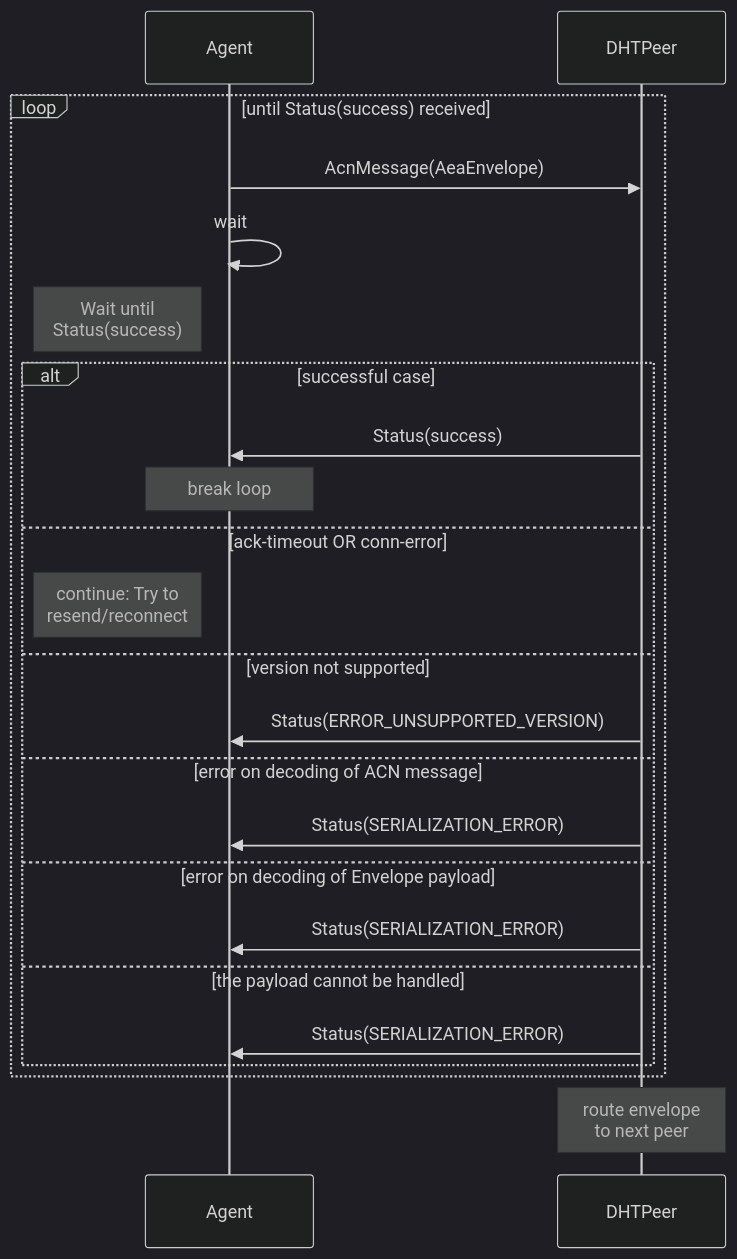
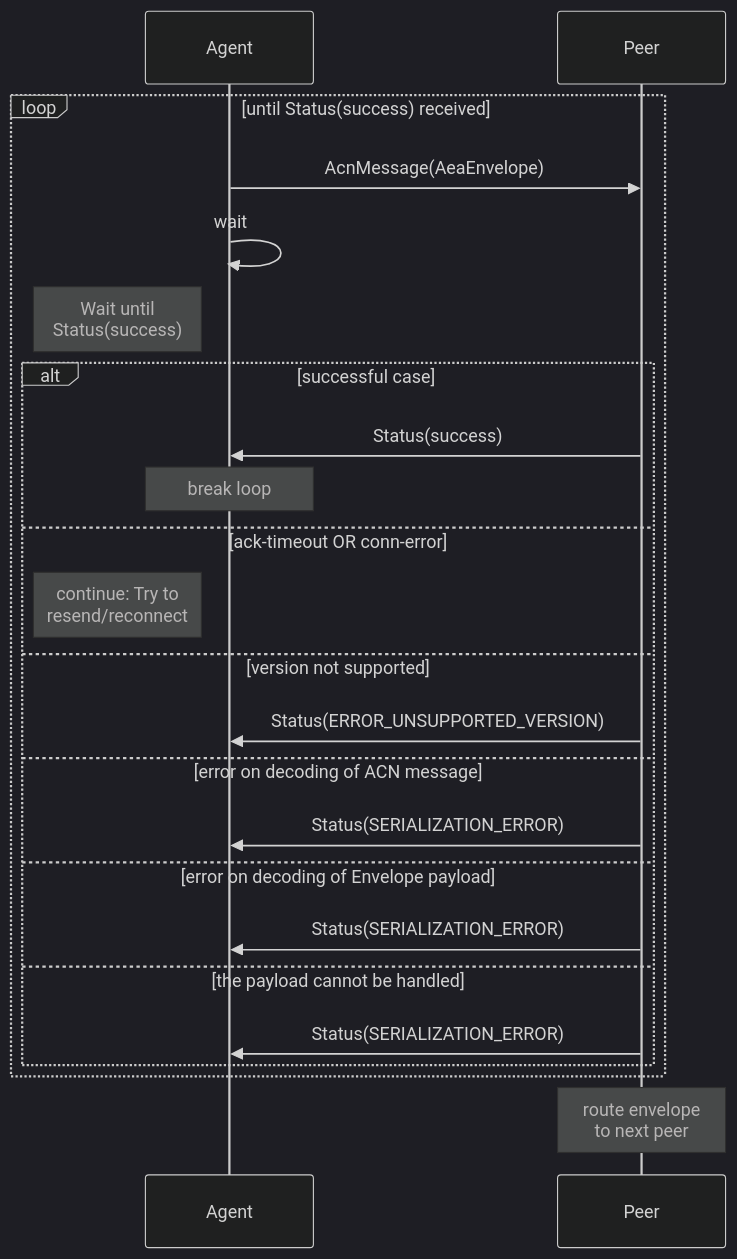
The second of 9 diagrams in docs/acn-internals.md (legendarydeveloper919/agents-aea), drawn with Mermaid (dark theme) before and after one commit. The commit also changed other lines of this file, not shown here.

Commit message:
docs: rename DHTPeer with Peer

```diff
--- a/docs/acn-internals.md
+++ b/docs/acn-internals.md
@@ -206,25 +206,25 @@
 <div class="mermaid">
     sequenceDiagram
         participant Agent
-        participant DHTPeer
+        participant Peer
         loop until Status(success) received
-            Agent->>DHTPeer: AcnMessage(AeaEnvelope)
+            Agent->>Peer: AcnMessage(AeaEnvelope)
             Agent->>Agent: wait
             note left of Agent: Wait until<br/>Status(success)
             alt successful case
-                DHTPeer->>Agent: Status(success)
+                Peer->>Agent: Status(success)
                 note over Agent: break loop
             else ack-timeout OR conn-error
                 note left of Agent: continue: Try to<br/>resend/reconnect
             else version not supported
-                DHTPeer->>Agent: Status(ERROR_UNSUPPORTED_VERSION)
+                Peer->>Agent: Status(ERROR_UNSUPPORTED_VERSION)
             else error on decoding of ACN message
-                DHTPeer->>Agent: Status(SERIALIZATION_ERROR)
+                Peer->>Agent: Status(SERIALIZATION_ERROR)
             else error on decoding of Envelope payload
-                DHTPeer->>Agent: Status(SERIALIZATION_ERROR)
+                Peer->>Agent: Status(SERIALIZATION_ERROR)
             else the payload cannot be handled
-                DHTPeer->>Agent: Status(SERIALIZATION_ERROR)
+                Peer->>Agent: Status(SERIALIZATION_ERROR)
             end
         end
-        note over DHTPeer: route envelope<br/>to next peer
+        note over Peer: route envelope<br/>to next peer
 </div>
```
